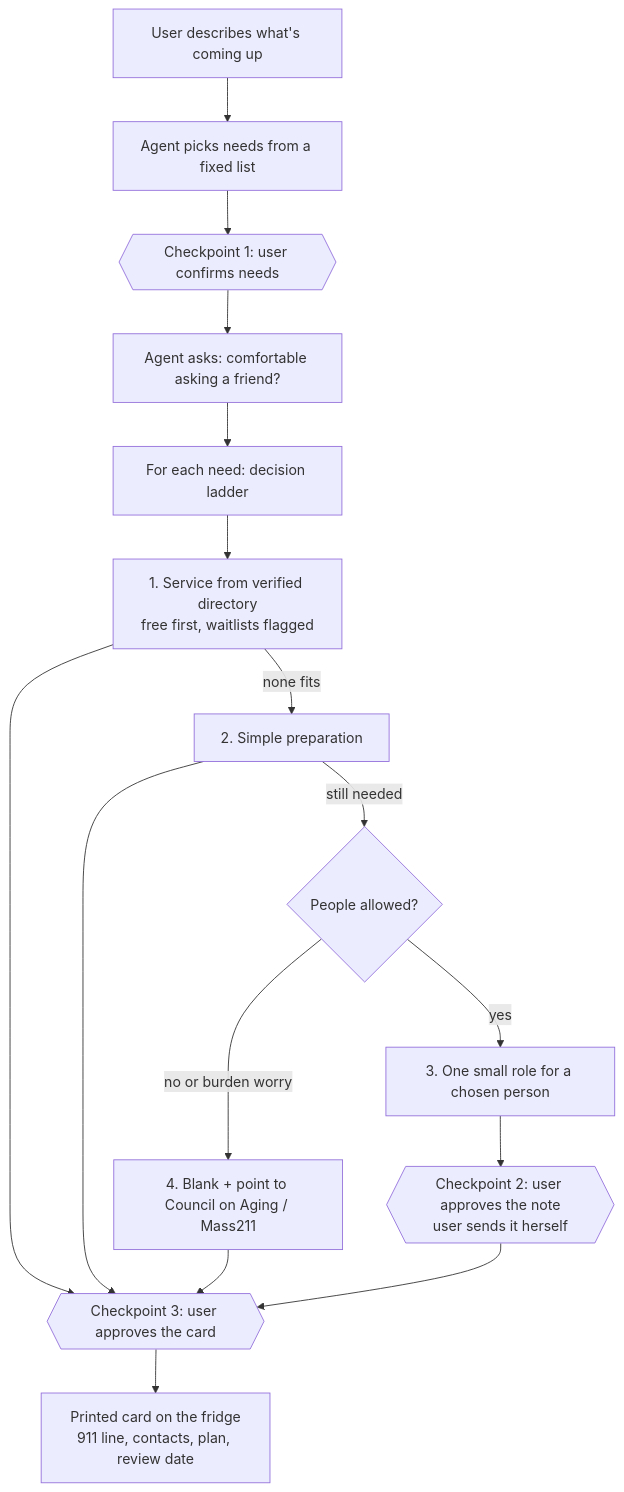
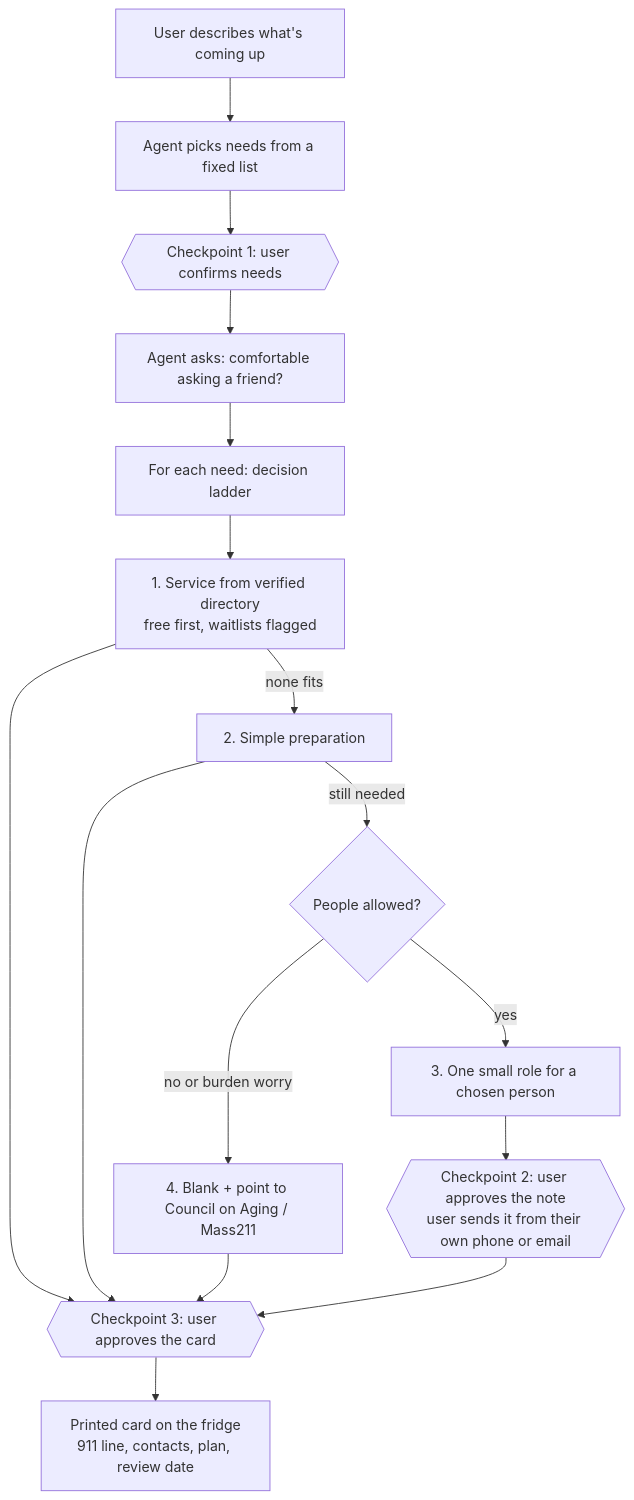
The diagram in docs/workflow.md (seyi-omisore/just-in-case), drawn with Mermaid before and after one commit. The commit also changed 15 other files, not shown here.

````diff
--- a/docs/workflow.md
+++ b/docs/workflow.md
@@ -5,18 +5,18 @@
 ```mermaid
 flowchart TD
     A[User describes what's coming up] --> B[Agent picks needs from a fixed list]
     B --> C{{Checkpoint 1: user confirms needs}}
     C --> D[Agent asks: comfortable asking a friend?]
     D --> E[For each need: decision ladder]
     E --> F1[1. Service from verified directory<br/>free first, waitlists flagged]
     F1 -->|none fits| F2[2. Simple preparation]
     F2 -->|still needed| F3{People allowed?}
     F3 -->|yes| F4[3. One small role for a chosen person]
     F3 -->|no or burden worry| F5[4. Blank + point to Council on Aging / Mass211]
-    F4 --> G{{Checkpoint 2: user approves the note<br/>user sends it herself}}
+    F4 --> G{{Checkpoint 2: user approves the note<br/>user sends it from their own phone or email}}
     F1 --> H
     F2 --> H
     F5 --> H
     G --> H{{Checkpoint 3: user approves the card}}
     H --> I[Printed card on the fridge<br/>911 line, contacts, plan, review date]
 ```
````
